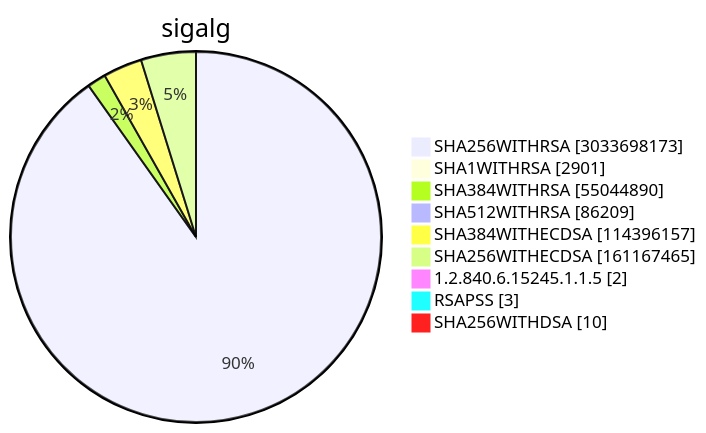
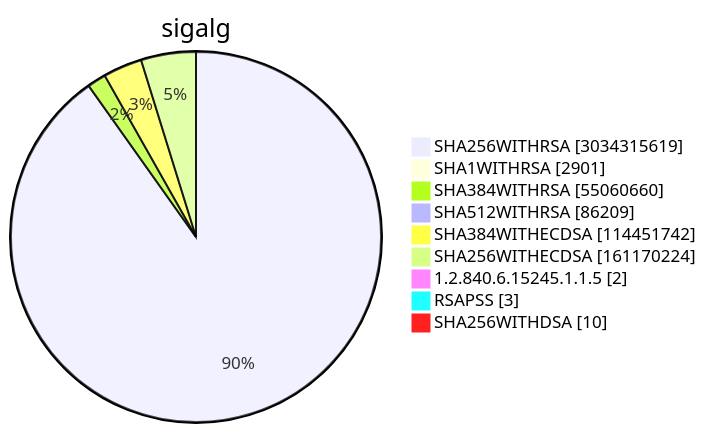
Diagram 15 of 15 in TOTAL/README.md (christiankrug/ctmonitor_visualization), drawn with Mermaid before and after one commit. The commit also changed other lines of this file, not shown here.

````diff
--- a/TOTAL/README.md
+++ b/TOTAL/README.md
@@ -6208,13 +6208,13 @@
 ```mermaid
 pie showData
 title sigalg
-"SHA256WITHRSA" :3033698173
+"SHA256WITHRSA" :3034315619
 "SHA1WITHRSA" :2901
-"SHA384WITHRSA" :55044890
+"SHA384WITHRSA" :55060660
 "SHA512WITHRSA" :86209
-"SHA384WITHECDSA" :114396157
-"SHA256WITHECDSA" :161167465
+"SHA384WITHECDSA" :114451742
+"SHA256WITHECDSA" :161170224
 "1.2.840.6.15245.1.1.5" :2
 "RSAPSS" :3
 "SHA256WITHDSA" :10
 ```
````
